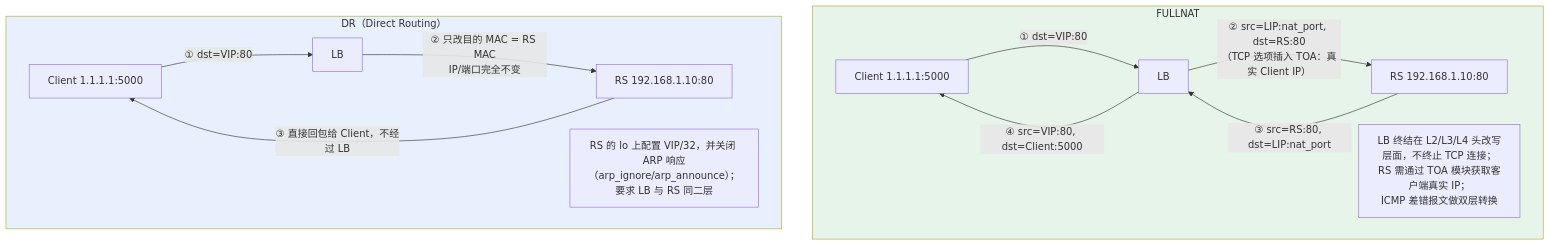
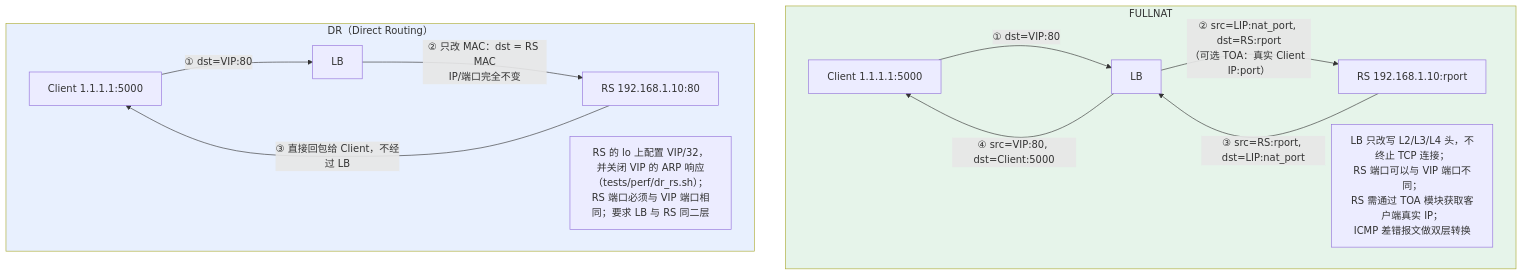
The fifth of 6 diagrams in docs/架构图.md (lymdgit/l4-loadbalancer), drawn with Mermaid before and after one commit. The commit also changed other lines of this file and 6 other files, not shown here.

````diff
--- a/docs/架构图.md
+++ b/docs/架构图.md
@@ -217,20 +247,20 @@
 ```mermaid
 graph TB
     subgraph FULLNAT["FULLNAT"]
         C1["Client 1.1.1.1:5000"] -->|"① dst=VIP:80"| LB1["LB"]
-        LB1 -->|"② src=LIP:nat_port, dst=RS:80<br/>（TCP 选项插入 TOA：真实 Client IP）"| RS1["RS 192.168.1.10:80"]
-        RS1 -->|"③ src=RS:80, dst=LIP:nat_port"| LB1
+        LB1 -->|"② src=LIP:nat_port, dst=RS:rport<br/>（可选 TOA：真实 Client IP:port）"| RS1["RS 192.168.1.10:rport"]
+        RS1 -->|"③ src=RS:rport, dst=LIP:nat_port"| LB1
         LB1 -->|"④ src=VIP:80, dst=Client:5000"| C1
-        N1["LB 终结在 L2/L3/L4 头改写层面，不终止 TCP 连接；<br/>RS 需通过 TOA 模块获取客户端真实 IP；<br/>ICMP 差错报文做双层转换"]
+        N1["LB 只改写 L2/L3/L4 头，不终止 TCP 连接；<br/>RS 端口可以与 VIP 端口不同；<br/>RS 需通过 TOA 模块获取客户端真实 IP；<br/>ICMP 差错报文做双层转换"]
     end
 
     subgraph DR["DR（Direct Routing）"]
         C2["Client 1.1.1.1:5000"] -->|"① dst=VIP:80"| LB2["LB"]
-        LB2 -->|"② 只改目的 MAC = RS MAC<br/>IP/端口完全不变"| RS2["RS 192.168.1.10:80"]
+        LB2 -->|"② 只改 MAC：dst = RS MAC<br/>IP/端口完全不变"| RS2["RS 192.168.1.10:80"]
         RS2 -->|"③ 直接回包给 Client，不经过 LB"| C2
-        N2["RS 的 lo 上配置 VIP/32，并关闭 ARP 响应（arp_ignore/arp_announce）；<br/>要求 LB 与 RS 同二层"]
+        N2["RS 的 lo 上配置 VIP/32，并关闭 VIP 的 ARP 响应（tests/perf/dr_rs.sh）；<br/>RS 端口必须与 VIP 端口相同；要求 LB 与 RS 同二层"]
     end
 
     style FULLNAT fill:#e6f4ea
     style DR fill:#e8f0fe
 ```
````
